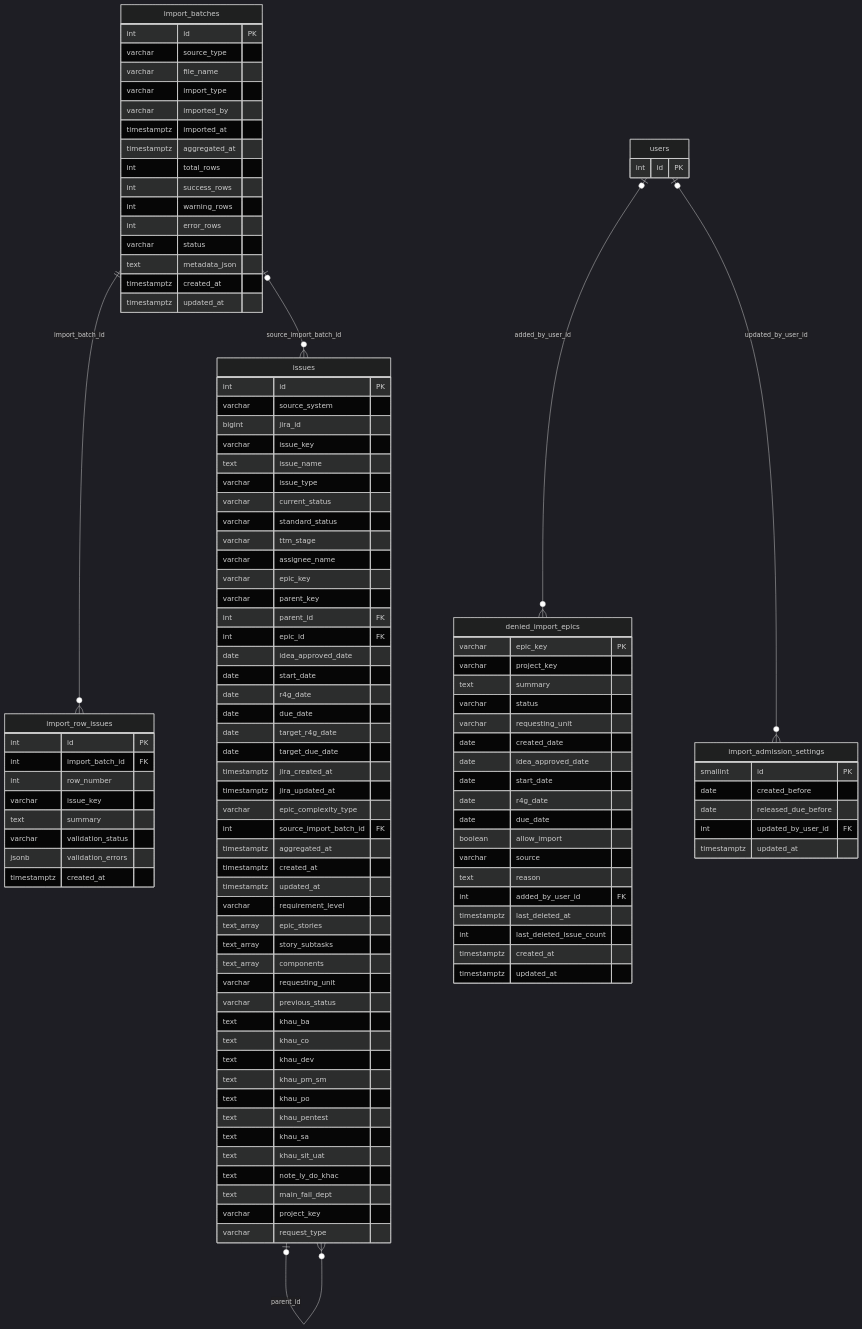
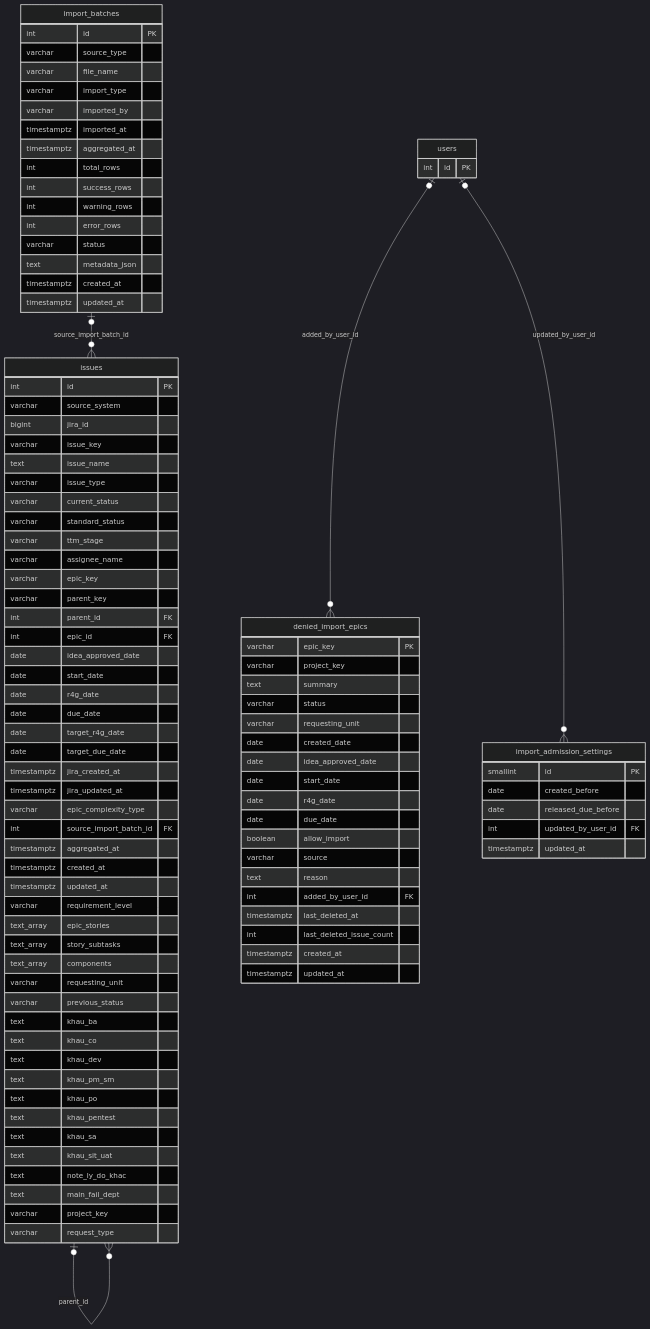
The fourth of 12 diagrams in docs/database-erd.md (dminhbb/ttm-tool), drawn with Mermaid (dark theme) before and after one commit. The commit also changed other lines of this file and 7 other files, not shown here.

```diff
--- a/docs/database-erd.md
+++ b/docs/database-erd.md
@@ -495,16 +495,6 @@
         text metadata_json
         timestamptz created_at
         timestamptz updated_at
-    }
-    import_row_issues {
-        int id PK
-        int import_batch_id FK
-        int row_number
-        varchar issue_key
-        text summary
-        varchar validation_status
-        jsonb validation_errors
-        timestamptz created_at
     }
     issues {
         int id PK
@@ -583,7 +573,6 @@
     users {
         int id PK
     }
-    import_batches ||--o{ import_row_issues : "import_batch_id"
     issues |o--o{ issues : "epic_id"
     issues |o--o{ issues : "parent_id"
     import_batches |o--o{ issues : "source_import_batch_id"
```
